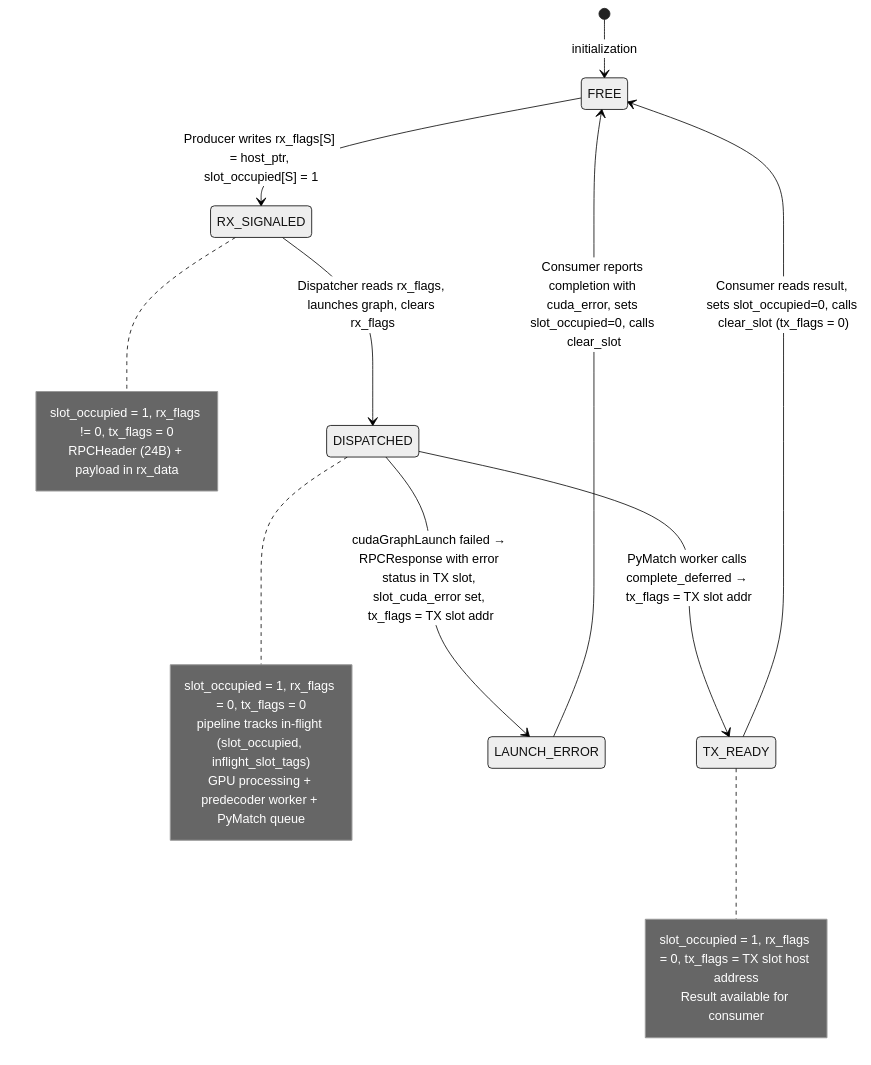
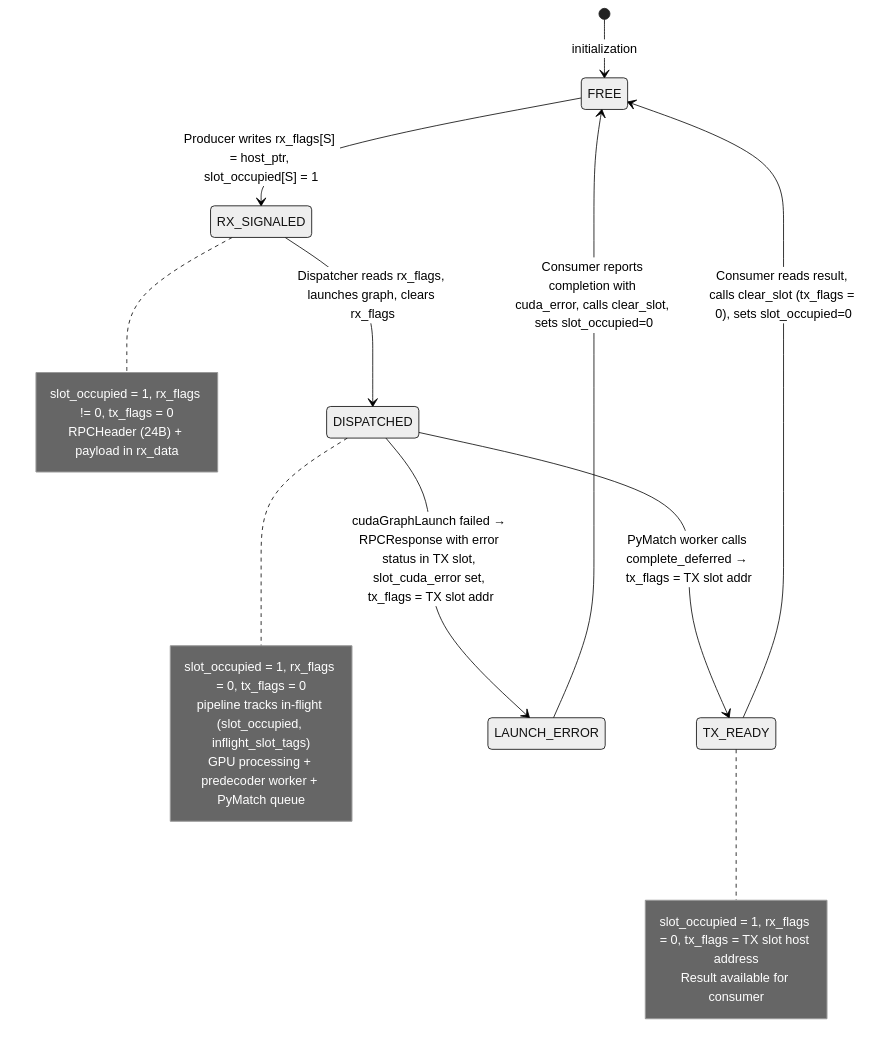
Before and after one commit to NVIDIA/cudaq-qec: the fourth of 8 diagrams in libs/qec/lib/realtime/realtime_pipeline_architecture.md, drawn with Mermaid (neutral theme). The commit also changed other lines of this file and 2 other files, not shown here.

First line of the commit message:
Fix two slot-recycling races in the pipeline dispatch loop

````diff
--- a/libs/qec/lib/realtime/realtime_pipeline_architecture.md
+++ b/libs/qec/lib/realtime/realtime_pipeline_architecture.md
@@ -271,28 +270,28 @@
 ```mermaid
 stateDiagram-v2
     [*] --> FREE : initialization
 
     FREE --> RX_SIGNALED : Producer writes rx_flags[S] = host_ptr, slot_occupied[S] = 1
     note right of RX_SIGNALED
         slot_occupied = 1, rx_flags != 0, tx_flags = 0
         RPCHeader (24B) + payload in rx_data
     end note
 
     RX_SIGNALED --> DISPATCHED : Dispatcher reads rx_flags, launches graph, clears rx_flags
     note right of DISPATCHED
         slot_occupied = 1, rx_flags = 0, tx_flags = 0
         pipeline tracks in-flight (slot_occupied, inflight_slot_tags)
         GPU processing + predecoder worker + PyMatch queue
     end note
 
     DISPATCHED --> TX_READY : PyMatch worker calls complete_deferred → tx_flags = TX slot addr
     note right of TX_READY
         slot_occupied = 1, rx_flags = 0, tx_flags = TX slot host address
         Result available for consumer
     end note
 
-    TX_READY --> FREE : Consumer reads result, sets slot_occupied=0, calls clear_slot (tx_flags = 0)
+    TX_READY --> FREE : Consumer reads result, calls clear_slot (tx_flags = 0), sets slot_occupied=0
 
     DISPATCHED --> LAUNCH_ERROR : cudaGraphLaunch failed → RPCResponse with error status in TX slot, slot_cuda_error set, tx_flags = TX slot addr
-    LAUNCH_ERROR --> FREE : Consumer reports completion with cuda_error, sets slot_occupied=0, calls clear_slot
+    LAUNCH_ERROR --> FREE : Consumer reports completion with cuda_error, calls clear_slot, sets slot_occupied=0
 ```
````
